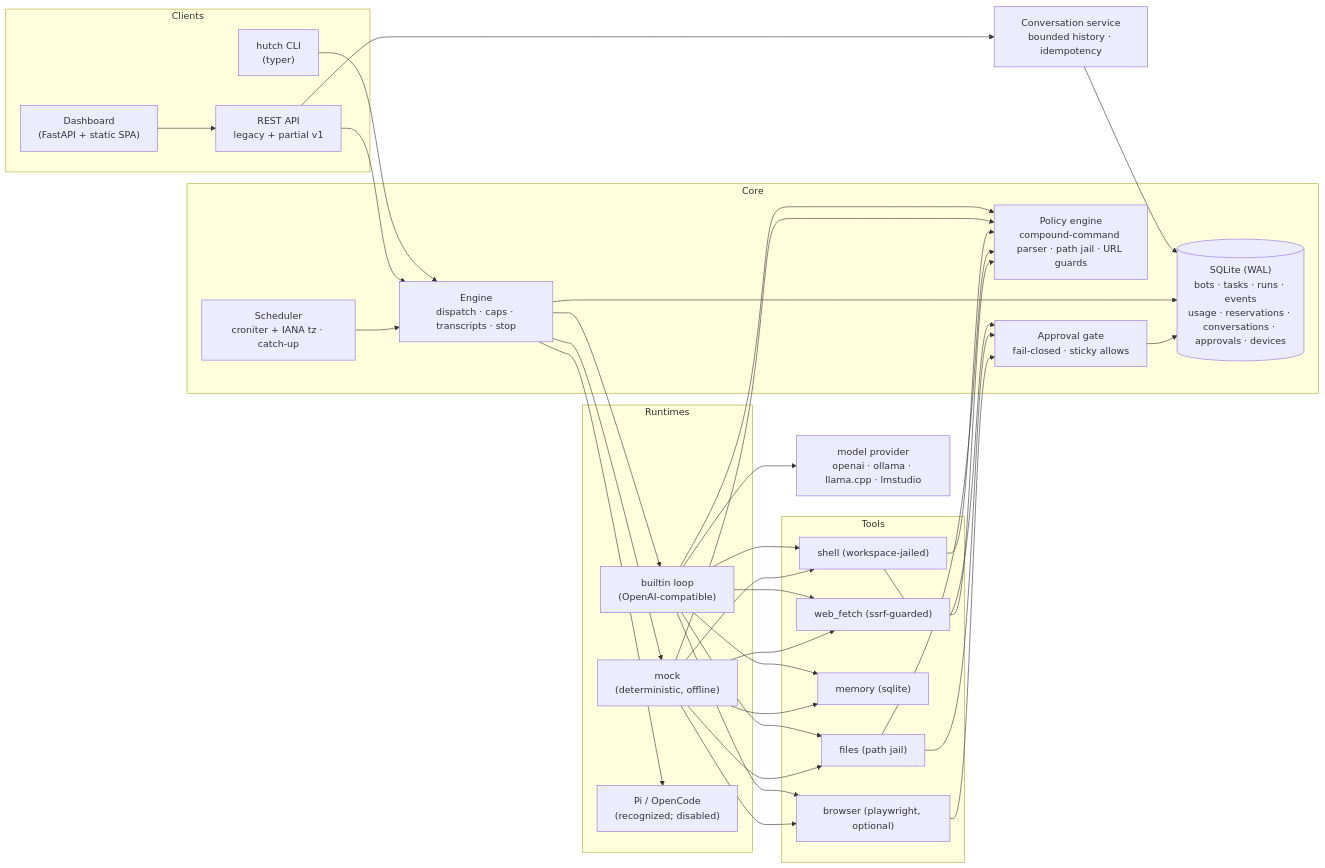
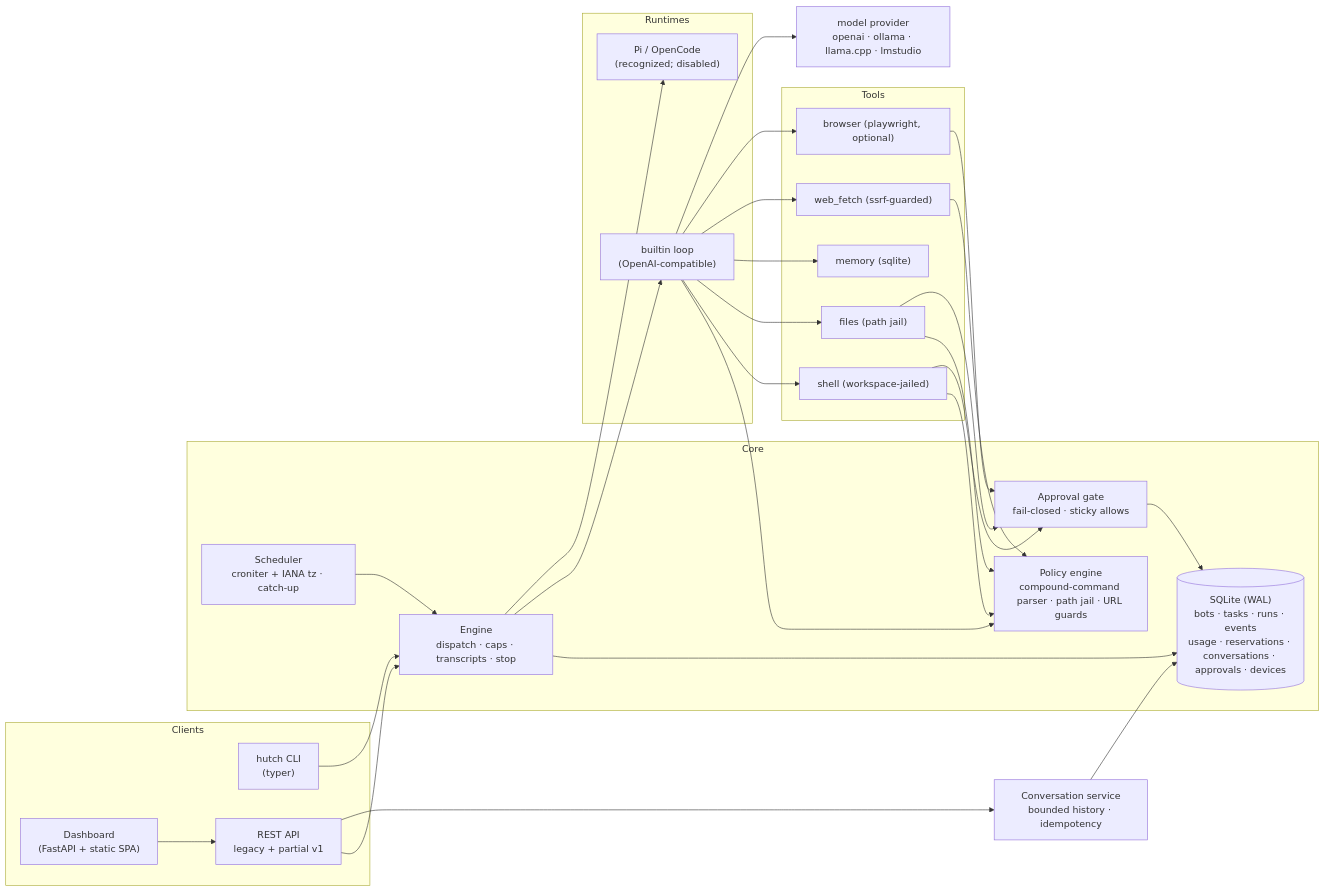
The diagram in docs/architecture.md (K-Arthur/hutch), drawn with Mermaid before and after one commit. The commit also changed other lines of this file and 99 other files, not shown here.

````diff
--- a/docs/architecture.md
+++ b/docs/architecture.md
@@ -16,45 +16,44 @@
 ```mermaid
 flowchart LR
   subgraph Clients
     CLI["hutch CLI<br/>(typer)"]
     UI["Dashboard<br/>(FastAPI + static SPA)"]
     API["REST API<br/>legacy + partial v1"]
   end
 
   subgraph Core
     ENG["Engine<br/>dispatch · caps · transcripts · stop"]
     SCH["Scheduler<br/>croniter + IANA tz · catch-up"]
     SCHED_STORE[("SQLite (WAL)<br/>bots · tasks · runs · events<br/>usage · reservations · conversations · approvals · devices")]
     POL["Policy engine<br/>compound-command parser · path jail · URL guards"]
     GATE["Approval gate<br/>fail-closed · sticky allows"]
   end
 
   subgraph Runtimes
     BUILTIN["builtin loop<br/>(OpenAI-compatible)"]
-    MOCK["mock<br/>(deterministic, offline)"]
     EXT["Pi / OpenCode<br/>(recognized; disabled)"]
   end
 
   subgraph Tools
     SH["shell (workspace-jailed)"]
     FI["files (path jail)"]
     ME["memory (sqlite)"]
     WF["web_fetch (ssrf-guarded)"]
     BR["browser (playwright, optional)"]
   end
 
   CLI --> ENG
   UI --> API
   API --> ENG
   API --> CONV["Conversation service<br/>bounded history · idempotency"]
   CONV --> SCHED_STORE
   SCH --> ENG
   ENG --> SCHED_STORE
-  ENG --> BUILTIN & MOCK & EXT
-  BUILTIN & MOCK --> POL
-  BUILTIN & MOCK --> SH & FI & ME & WF & BR
+  ENG --> BUILTIN & EXT
+  BUILTIN --> POL
+  BUILTIN --> SH & FI & ME & WF & BR
   SH & FI & WF --> POL
   SH & FI & BR --> GATE
   GATE --> SCHED_STORE
   BUILTIN --> LLM["model provider<br/>openai · ollama · llama.cpp · lmstudio"]
 ```
````
